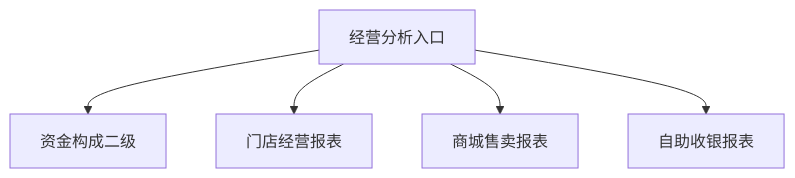
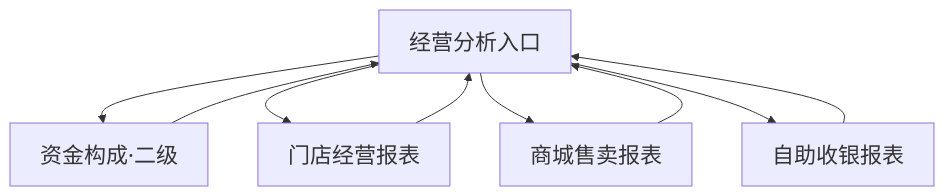
One commit to XDean-Designer/card changed the seventh of 10 diagrams in RTB产品计划概览.md. Above: the diagram before and after it, drawn with Mermaid. The commit also changed other lines of this file and 2 other files, not shown here.

First line of the commit message:
Rewrite overview main-flow diagrams into readable Chinese swimlanes.

````diff
--- a/RTB产品计划概览.md
+++ b/RTB产品计划概览.md
@@ -352,8 +495,17 @@
 ```mermaid
+%%{init: {'themeVariables': {'fontSize': '22px', 'fontFamily': 'PingFang SC, Microsoft YaHei, sans-serif'}}}%%
 flowchart TD
-  hub[经营分析入口]
-  hub --> pie[资金构成二级]
-  hub --> store[门店经营报表]
-  hub --> mall[商城售卖报表]
-  hub --> selfRpt[自助收银报表]
+  hub["经营分析入口"]
+  pie["资金构成·二级"]
+  store["门店经营报表"]
+  mall["商城售卖报表"]
+  selfRpt["自助收银报表"]
+  hub --> pie
+  hub --> store
+  hub --> mall
+  hub --> selfRpt
+  pie --> hub
+  store --> hub
+  mall --> hub
+  selfRpt --> hub
 ```
````
